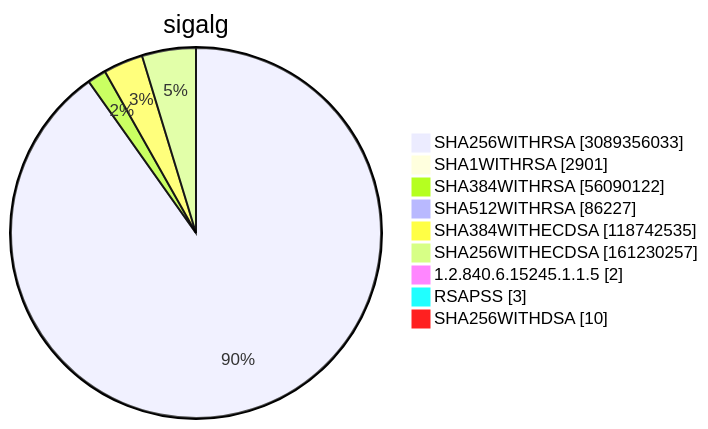
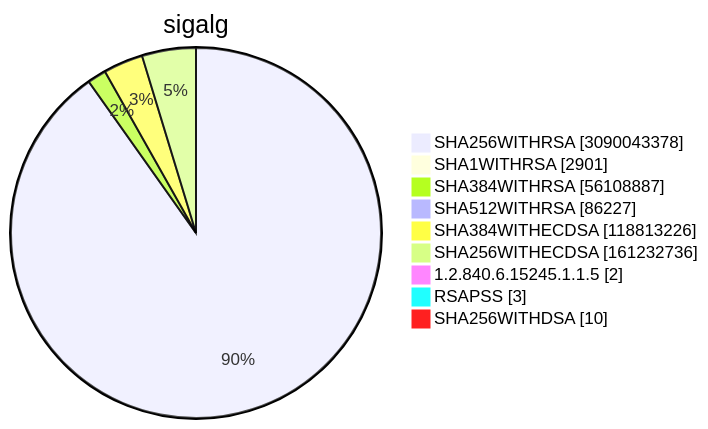
One commit to christiankrug/ctmonitor_visualization changed diagram 15 of 15 in TOTAL/README.md. Above: the diagram before and after it, drawn with Mermaid. The commit also changed other lines of this file, not shown here.

````diff
--- a/TOTAL/README.md
+++ b/TOTAL/README.md
@@ -6211,13 +6211,13 @@
 ```mermaid
 pie showData
 title sigalg
-"SHA256WITHRSA" :3089356033
+"SHA256WITHRSA" :3090043378
 "SHA1WITHRSA" :2901
-"SHA384WITHRSA" :56090122
+"SHA384WITHRSA" :56108887
 "SHA512WITHRSA" :86227
-"SHA384WITHECDSA" :118742535
-"SHA256WITHECDSA" :161230257
+"SHA384WITHECDSA" :118813226
+"SHA256WITHECDSA" :161232736
 "1.2.840.6.15245.1.1.5" :2
 "RSAPSS" :3
 "SHA256WITHDSA" :10
 ```
````
